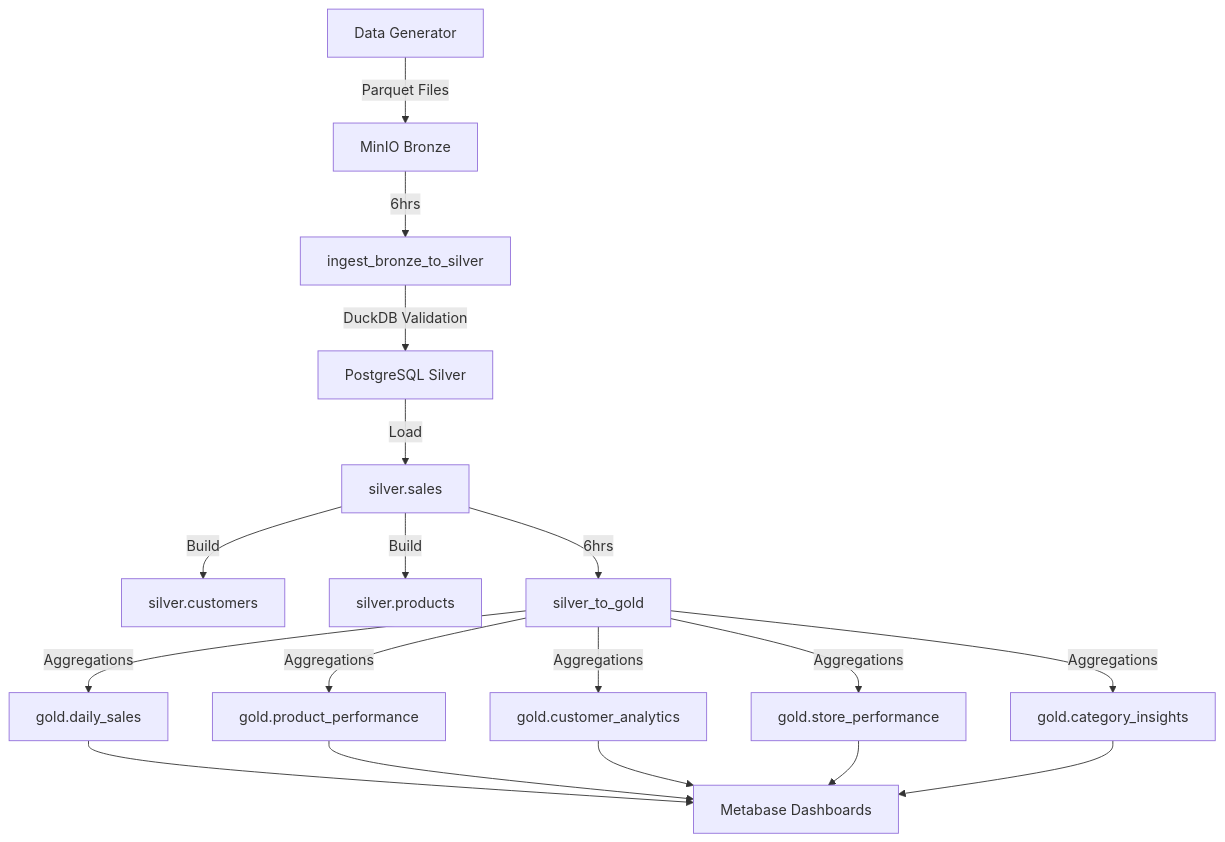
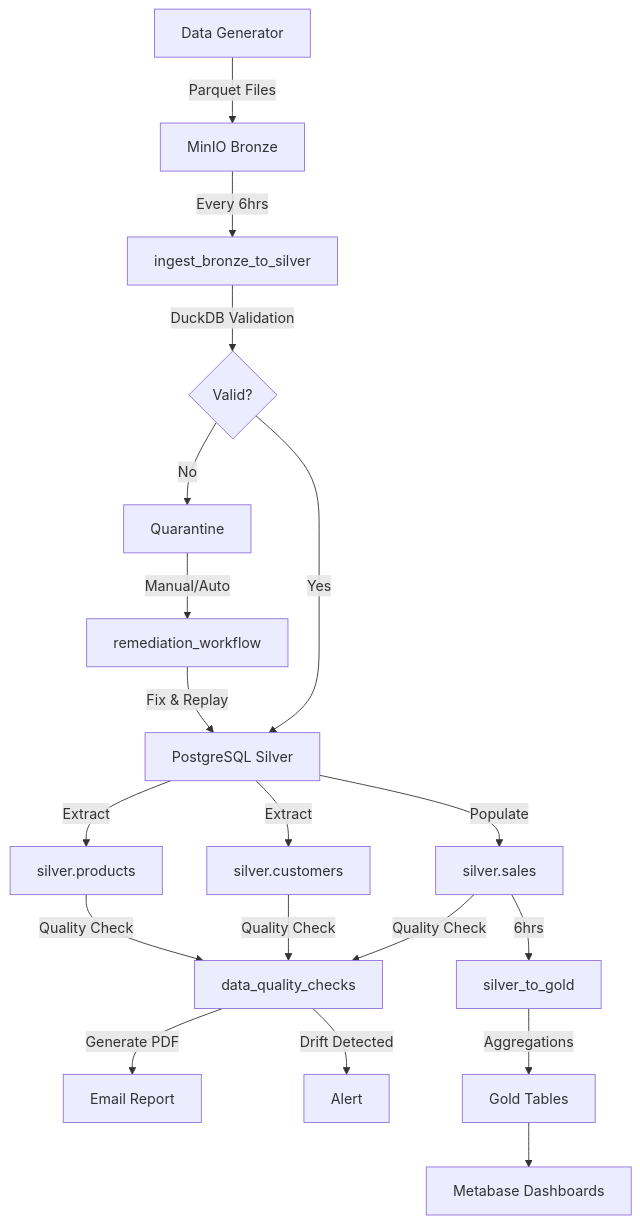
One commit to Airlectric/Amalitech_CI-CD-and-Workflow-Automation_Mini-Data-Mart changed the second of 3 diagrams in README.md. Above: the diagram before and after it, drawn with Mermaid. The commit also changed other lines of this file and 10 other files, not shown here.

````diff
--- a/README.md
+++ b/README.md
@@ -187,20 +200,29 @@
 ```mermaid
 flowchart TD
     A[Data Generator] -->|Parquet Files| B[MinIO Bronze]
-    B -->|6hrs| C[ingest_bronze_to_silver]
-    C -->|DuckDB Validation| D[PostgreSQL Silver]
-    D -->|Load| E[silver.sales]
-    E -->|Build| F[silver.customers]
-    E -->|Build| G[silver.products]
-    E -->|6hrs| H[silver_to_gold]
-    H -->|Aggregations| I[gold.daily_sales]
-    H -->|Aggregations| J[gold.product_performance]
-    H -->|Aggregations| K[gold.customer_analytics]
-    H -->|Aggregations| L[gold.store_performance]
-    H -->|Aggregations| M[gold.category_insights]
-    I --> N[Metabase Dashboards]
-    J --> N
-    K --> N
-    L --> N
-    M --> N
+    
+    B -->|Every 6hrs| C[ingest_bronze_to_silver]
+    
+    C -->|DuckDB Validation| D{Valid?}
+    D -->|Yes| E[PostgreSQL Silver]
+    D -->|No| F[Quarantine]
+    
+    E -->|Populate| G[silver.sales]
+    E -->|Extract| H[silver.customers]
+    E -->|Extract| I[silver.products]
+    
+    G -->|Quality Check| J[data_quality_checks]
+    H -->|Quality Check| J
+    I -->|Quality Check| J
+    
+    J -->|Generate PDF| K[Email Report]
+    J -->|Drift Detected| L[Alert]
+    
+    F -->|Manual/Auto| M[remediation_workflow]
+    M -->|Fix & Replay| E
+    
+    G -->|6hrs| N[silver_to_gold]
+    N -->|Aggregations| O[Gold Tables]
+    
+    O --> P[Metabase Dashboards]
 ```
````
